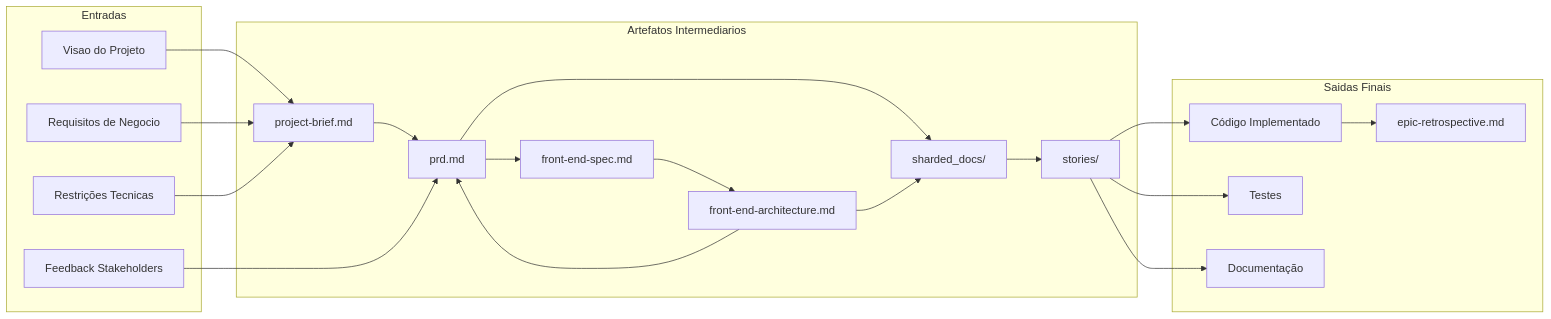
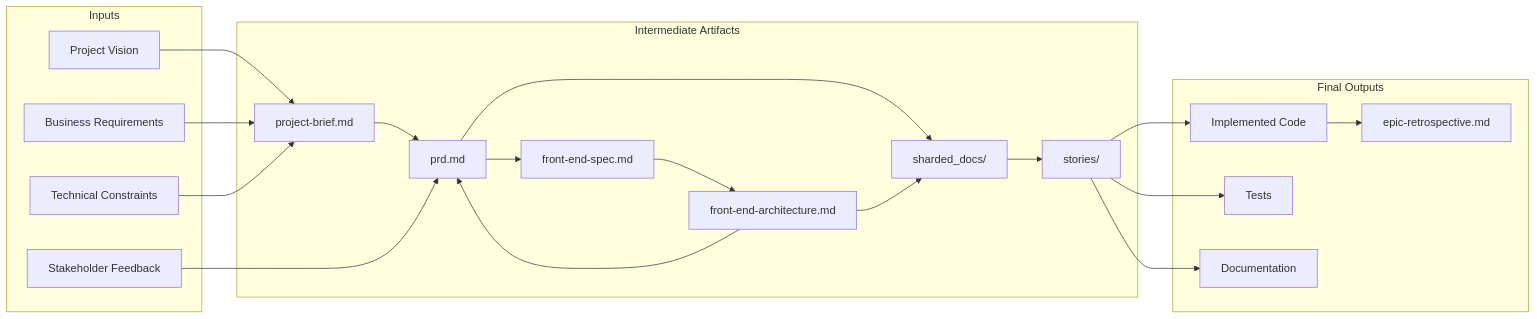
One commit to CyryxLabs/AEXOS changed the fourth of 6 diagrams in docs/aexos-workflows/greenfield-ui-workflow.md. Above: the diagram before and after it, drawn with Mermaid. The commit also changed other lines of this file and 528 other files, not shown here.

````diff
--- a/docs/aexos-workflows/greenfield-ui-workflow.md
+++ b/docs/aexos-workflows/greenfield-ui-workflow.md
@@ -692,41 +692,41 @@
 ```mermaid
 flowchart LR
-    subgraph "Entradas"
-        I1[Visao do Projeto]
-        I2[Requisitos de Negocio]
-        I3[Restrições Tecnicas]
-        I4[Feedback Stakeholders]
+    subgraph "Inputs"
+        I1[Project Vision]
+        I2[Business Requirements]
+        I3[Technical Constraints]
+        I4[Stakeholder Feedback]
     end
 
-    subgraph "Artefatos Intermediarios"
+    subgraph "Intermediate Artifacts"
         A1[project-brief.md]
         A2[prd.md]
         A3[front-end-spec.md]
         A4[front-end-architecture.md]
         A5[sharded_docs/]
         A6[stories/]
     end
 
-    subgraph "Saidas Finais"
-        O1[Código Implementado]
-        O2[Testes]
-        O3[Documentação]
+    subgraph "Final Outputs"
+        O1[Implemented Code]
+        O2[Tests]
+        O3[Documentation]
         O4[epic-retrospective.md]
     end
 
     I1 --> A1
     I2 --> A1
     I3 --> A1
     A1 --> A2
     A2 --> A3
     A3 --> A4
     A4 --> A2
     A2 --> A5
     A4 --> A5
     A5 --> A6
     A6 --> O1
     A6 --> O2
     I4 --> A2
     A6 --> O3
     O1 --> O4
 ```
````
